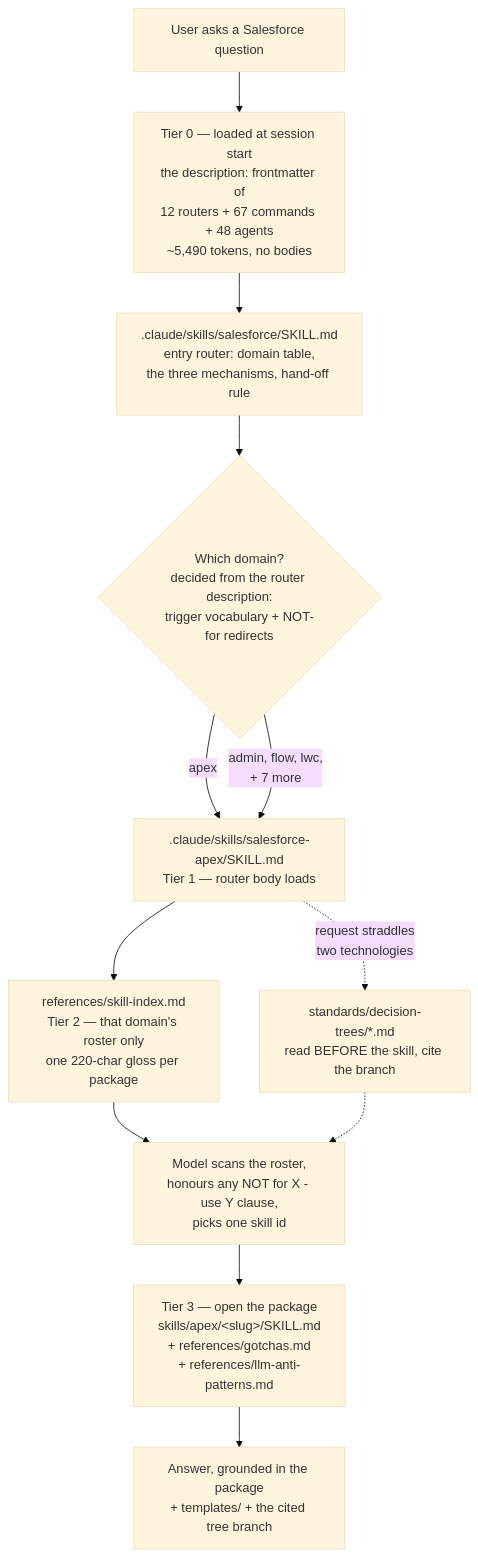
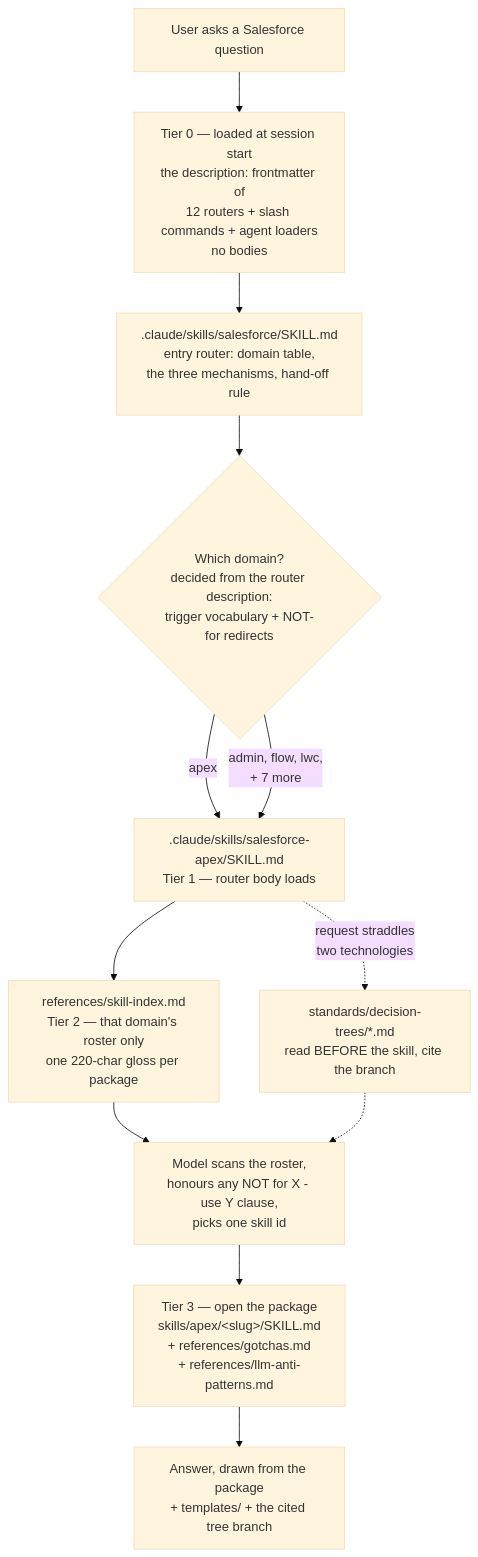
The first of 3 diagrams in docs/architecture.md (PranavNagrecha/AwesomeSalesforceSkills), drawn with Mermaid (base theme) before and after one commit. The commit also changed other lines of this file and 71 other files, not shown here.

````diff
--- a/docs/architecture.md
+++ b/docs/architecture.md
@@ -144,24 +130,24 @@
 ```mermaid
 flowchart TD
     Q["User asks a Salesforce question"]
 
-    Q --> T0["Tier 0 — loaded at session start<br/>the description: frontmatter of<br/>12 routers + 67 commands + 48 agents<br/>~5,490 tokens, no bodies"]
+    Q --> T0["Tier 0 — loaded at session start<br/>the description: frontmatter of<br/>12 routers + slash commands + agent loaders<br/>no bodies"]
 
     T0 --> ENTRY[".claude/skills/salesforce/SKILL.md<br/>entry router: domain table,<br/>the three mechanisms, hand-off rule"]
 
     ENTRY --> PICKDOM{"Which domain?<br/>decided from the router description:<br/>trigger vocabulary + NOT-for redirects"}
 
     PICKDOM -->|apex| RTR[".claude/skills/salesforce-apex/SKILL.md<br/>Tier 1 — router body loads"]
     PICKDOM -->|"admin, flow, lwc,<br/>+ 7 more"| RTR
 
     RTR --> ROST["references/skill-index.md<br/>Tier 2 — that domain's roster only<br/>one 220-char gloss per package"]
 
     ROST --> SCAN["Model scans the roster,<br/>honours any NOT for X - use Y clause,<br/>picks one skill id"]
 
     SCAN --> PKG["Tier 3 — open the package<br/>skills/apex/&lt;slug&gt;/SKILL.md<br/>+ references/gotchas.md<br/>+ references/llm-anti-patterns.md"]
 
     RTR -.->|"request straddles<br/>two technologies"| DT["standards/decision-trees/*.md<br/>read BEFORE the skill, cite the branch"]
     DT -.-> SCAN
 
-    PKG --> ANS["Answer, grounded in the package<br/>+ templates/ + the cited tree branch"]
+    PKG --> ANS["Answer, drawn from the package<br/>+ templates/ + the cited tree branch"]
 ```
````
